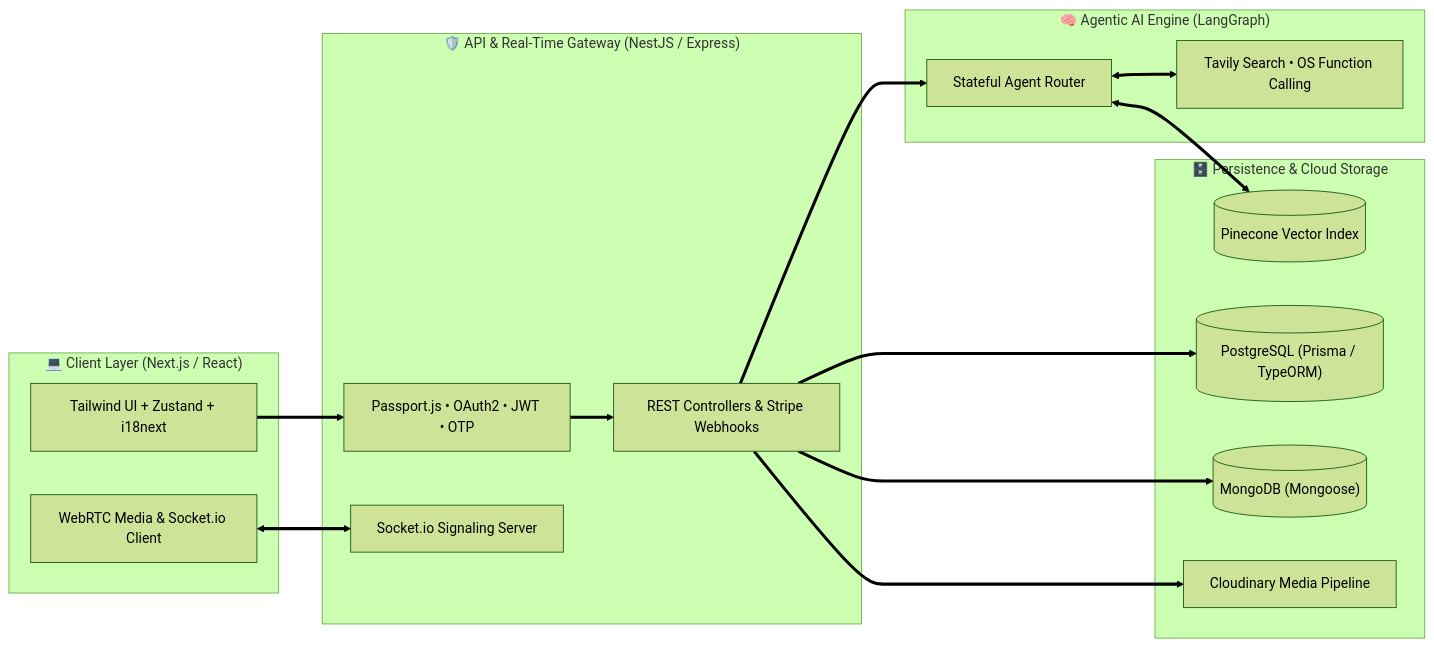
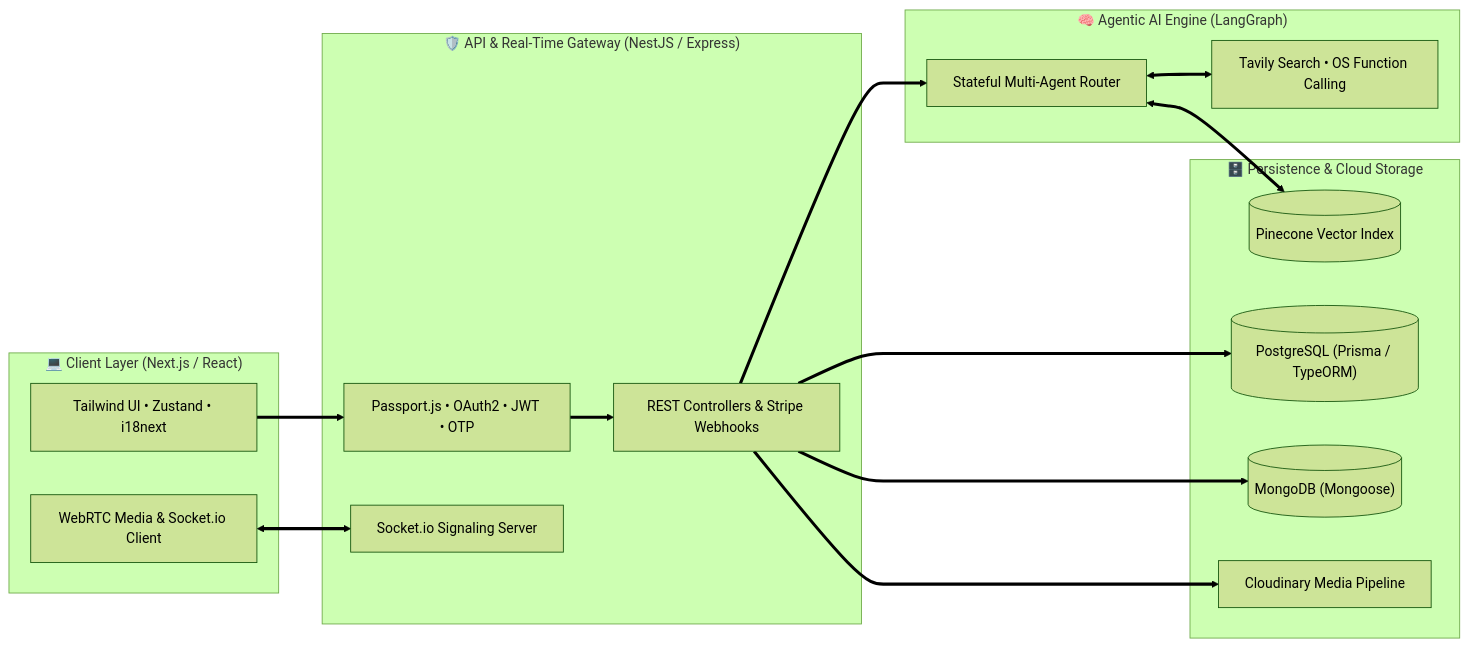
One commit to daniyalkarim0340/daniyalkarim0340 changed the diagram in README.md. Above: the diagram before and after it, drawn with Mermaid (forest theme). The commit also changed other lines of this file, not shown here.

````diff
--- a/README.md
+++ b/README.md
@@ -107,35 +100,35 @@
 ```mermaid
 graph LR
     subgraph Client ["💻 Client Layer (Next.js / React)"]
-        UI["Tailwind UI + Zustand + i18next"]
+        UI["Tailwind UI • Zustand • i18next"]
         RTC["WebRTC Media & Socket.io Client"]
     end
 
     subgraph Gateway ["🛡️ API & Real-Time Gateway (NestJS / Express)"]
         Auth["Passport.js • OAuth2 • JWT • OTP"]
         API["REST Controllers & Stripe Webhooks"]
         WS["Socket.io Signaling Server"]
     end
 
     subgraph AI ["🧠 Agentic AI Engine (LangGraph)"]
-        Orchestrator["Stateful Agent Router"]
+        Orchestrator["Stateful Multi-Agent Router"]
         Tools["Tavily Search • OS Function Calling"]
     end
 
     subgraph Data ["🗄️ Persistence & Cloud Storage"]
         SQL[("PostgreSQL (Prisma / TypeORM)")]
         NoSQL[("MongoDB (Mongoose)")]
         Vector[("Pinecone Vector Index")]
         CDN["Cloudinary Media Pipeline"]
     end
 
     UI ==> Auth
     Auth ==> API
     RTC <==> WS
     API ==> Orchestrator
     Orchestrator <==> Tools
     Orchestrator <==> Vector
     API ==> SQL
     API ==> NoSQL
     API ==> CDN
 ```
````
